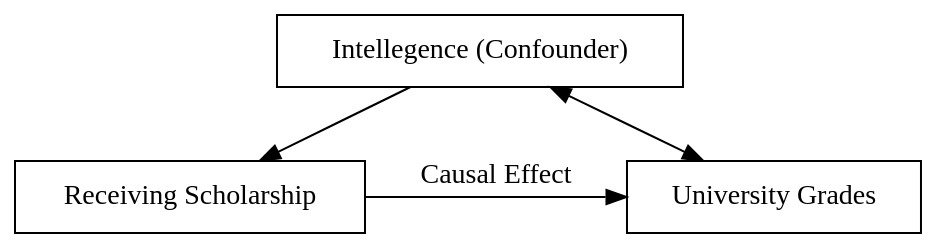
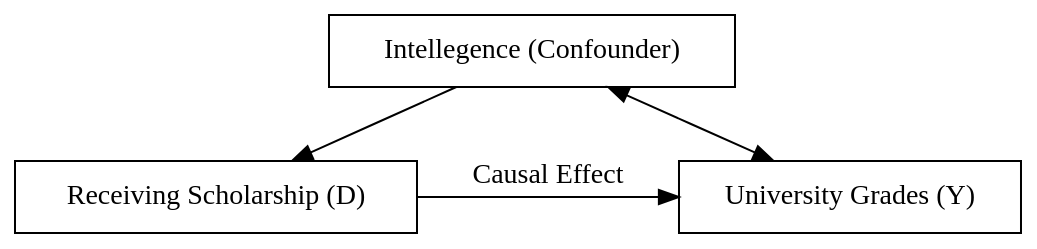
The diagram in soo/soo.qmd (kevinli03/pspe), drawn with Graphviz before and after one commit. The commit also changed other lines of this file and 66 other files, not shown here.

````diff
--- a/soo/soo.qmd
+++ b/soo/soo.qmd
@@ -8,19 +8,19 @@
 ```{dot}
 //| fig-width: 4
 //| fig-height: 1.1
 digraph example2 {
   bgcolor="transparent";
   // Nodes
-  D [shape=box, pos = "0,0!", label="Receiving Scholarship"]
+  D [shape=box, pos = "0,0!", label="Receiving Scholarship (D)"]
   X [shape=box, pos = "2,0!", label="Intellegence (Confounder)"]
-  Y [shape=box, pos = "1,-1!", label="University Grades"]
+  Y [shape=box, pos = "1,-1!", label="University Grades (Y)"]
 
   // Edges
   {rank=same; D -> Y [label="Causal Effect"]}
   X -> D
   X -> Y [dir=both]
   
   graph [nodesep=0.5, ranksep=0.5]
 
 }
 ```
````
